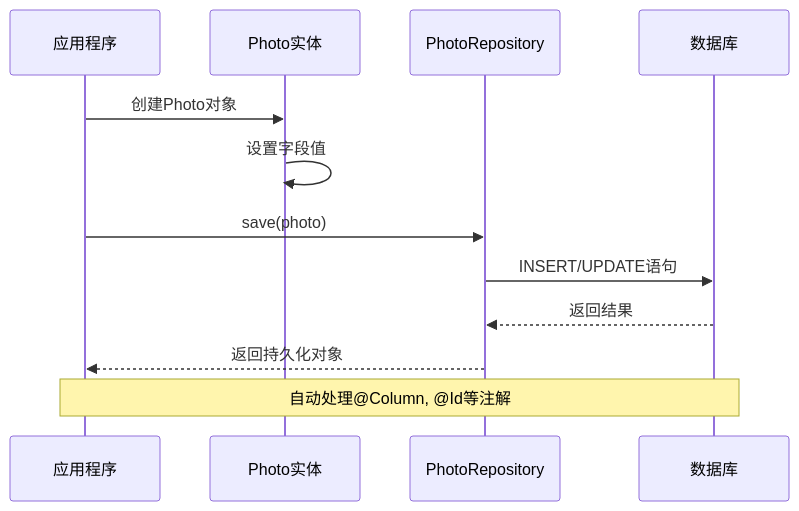
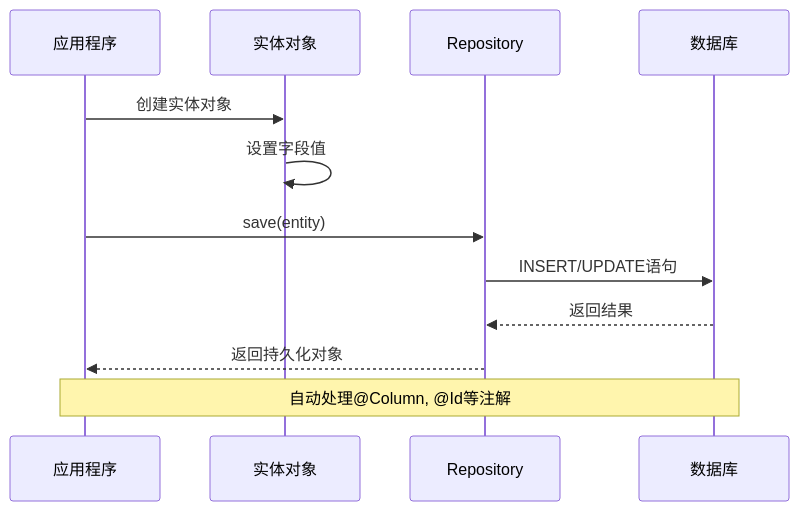
Diagram 11 of 16 in .qoder/repowiki/zh/content/数据模型.md (QoderZcy/zcyTest2), drawn with Mermaid before and after one commit. The commit also changed other lines of this file and 9 other files, not shown here.

````diff
--- a/.qoder/repowiki/zh/content/数据模型.md
+++ b/.qoder/repowiki/zh/content/数据模型.md
@@ -230,14 +516,14 @@
 ```mermaid
 sequenceDiagram
 participant App as 应用程序
-participant Entity as Photo实体
-participant Repo as PhotoRepository
+participant Entity as 实体对象
+participant Repo as Repository
 participant DB as 数据库
-App->>Entity : 创建Photo对象
+App->>Entity : 创建实体对象
 Entity->>Entity : 设置字段值
-App->>Repo : save(photo)
+App->>Repo : save(entity)
 Repo->>DB : INSERT/UPDATE语句
 DB-->>Repo : 返回结果
 Repo-->>App : 返回持久化对象
 Note over App,DB : 自动处理@Column, @Id等注解
 ```
````
